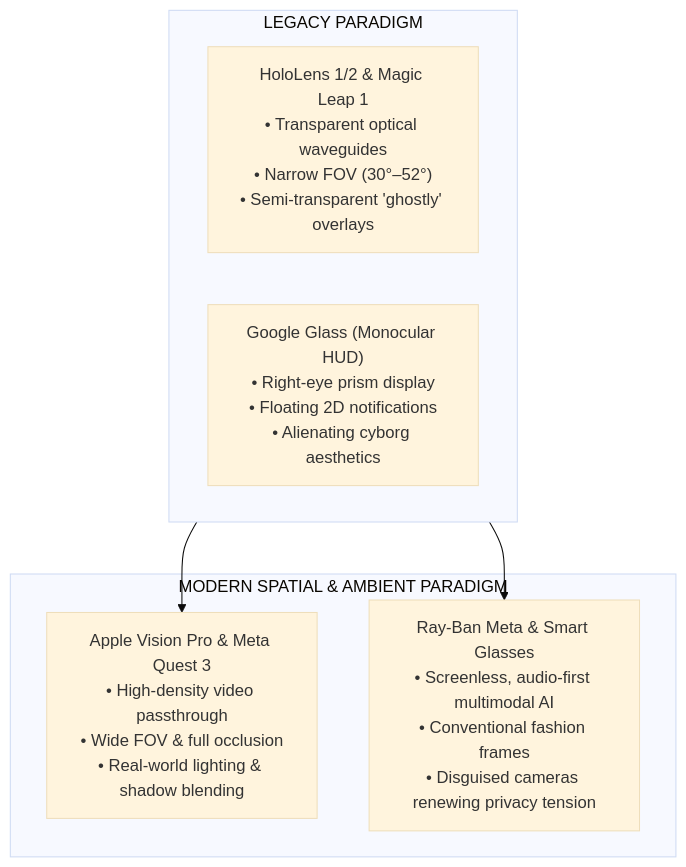
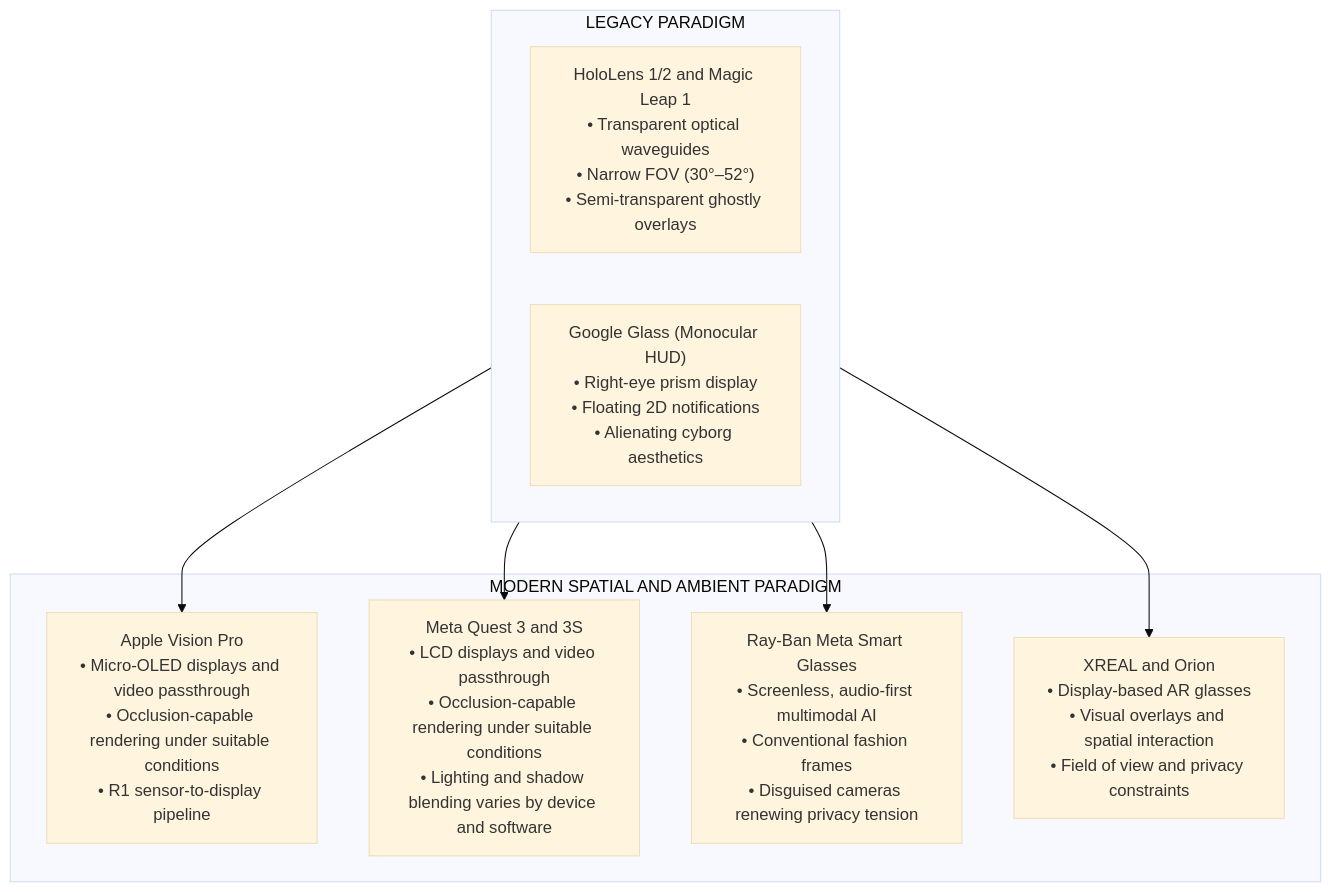
The second of 6 diagrams in src/content/blog/place-space-and-passthrough.md (caraya/astro-blog2), drawn with Mermaid (base theme) before and after one commit. The commit also changed other lines of this file and 7 other files, not shown here.

````diff
--- a/src/content/blog/place-space-and-passthrough.md
+++ b/src/content/blog/place-space-and-passthrough.md
@@ -50,15 +49,19 @@
 ```mermaid
 flowchart TD
     subgraph Legacy ["LEGACY PARADIGM"]
-        HoloLens["HoloLens 1/2 & Magic Leap 1<br/>• Transparent optical waveguides<br/>• Narrow FOV (30°–52°)<br/>• Semi-transparent 'ghostly' overlays"]
+        HoloLens["HoloLens 1/2 and Magic Leap 1<br/>• Transparent optical waveguides<br/>• Narrow FOV (30°–52°)<br/>• Semi-transparent ghostly overlays"]
         GoogleGlass["Google Glass (Monocular HUD)<br/>• Right-eye prism display<br/>• Floating 2D notifications<br/>• Alienating cyborg aesthetics"]
     end
 
-    subgraph Modern ["MODERN SPATIAL & AMBIENT PARADIGM"]
-        Passthrough["Apple Vision Pro & Meta Quest 3<br/>• High-density video passthrough<br/>• Wide FOV & full occlusion<br/>• Real-world lighting & shadow blending"]
-        Glasses["Ray-Ban Meta & Smart Glasses<br/>• Screenless, audio-first multimodal AI<br/>• Conventional fashion frames<br/>• Disguised cameras renewing privacy tension"]
+    subgraph Modern ["MODERN SPATIAL AND AMBIENT PARADIGM"]
+        VisionPro["Apple Vision Pro<br/>• Micro-OLED displays and video passthrough<br/>• Occlusion-capable rendering under suitable conditions<br/>• R1 sensor-to-display pipeline"]
+        Quest["Meta Quest 3 and 3S<br/>• LCD displays and video passthrough<br/>• Occlusion-capable rendering under suitable conditions<br/>• Lighting and shadow blending varies by device and software"]
+        ScreenlessGlasses["Ray-Ban Meta Smart Glasses<br/>• Screenless, audio-first multimodal AI<br/>• Conventional fashion frames<br/>• Disguised cameras renewing privacy tension"]
+        DisplayGlasses["XREAL and Orion<br/>• Display-based AR glasses<br/>• Visual overlays and spatial interaction<br/>• Field of view and privacy constraints"]
     end
 
-    Legacy --> Passthrough
-    Legacy --> Glasses
+    Legacy --> VisionPro
+    Legacy --> Quest
+    Legacy --> ScreenlessGlasses
+    Legacy --> DisplayGlasses
 ```
````
